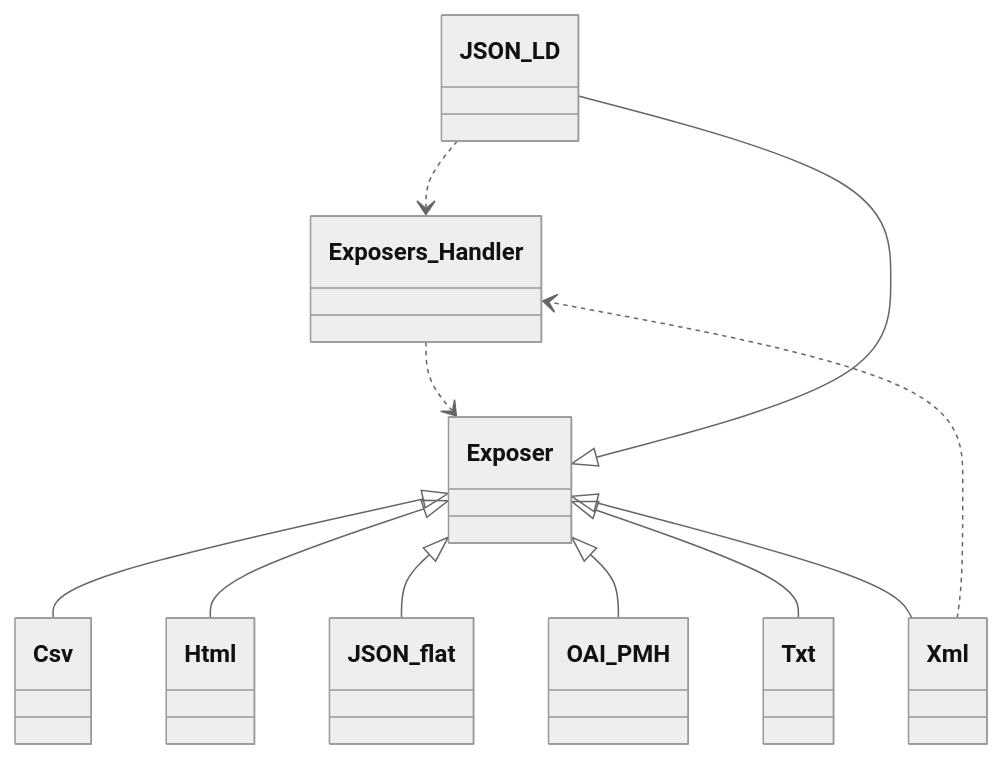
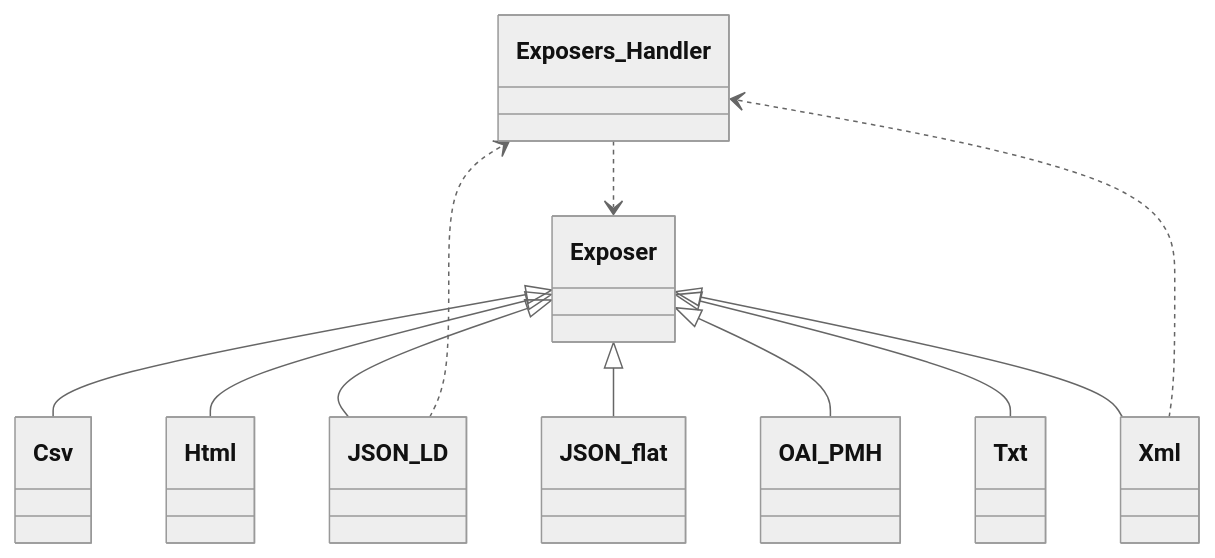
Before and after one commit to tainacan/tainacan: the sixth of 13 diagrams in docs/phpdoc/Home.md, drawn with Mermaid (neutral theme). The commit also changed other lines of this file and 62 other files, not shown here.

````diff
--- a/docs/phpdoc/Home.md
+++ b/docs/phpdoc/Home.md
@@ -451,23 +452,23 @@
 ```mermaid
 classDiagram
     direction TB
+    class Exposers_Handler { }
+    class OAI_PMH { }
+    class Exposer { }
     class JSON_LD { }
+    class Txt { }
+    class Html { }
+    class Csv { }
     class Xml { }
-    class Csv { }
-    class Exposers_Handler { }
-    class Html { }
-    class Exposer { }
-    class Txt { }
     class JSON_flat { }
-    class OAI_PMH { }
     Exposer <|-- Csv
     Exposer <|-- Html
     Exposer <|-- JSON_LD
     Exposer <|-- JSON_flat
     Exposer <|-- OAI_PMH
     Exposer <|-- Txt
     Exposer <|-- Xml
     Exposers_Handler ..> Exposer
     JSON_LD ..> Exposers_Handler
     Xml ..> Exposers_Handler
 ```
````
